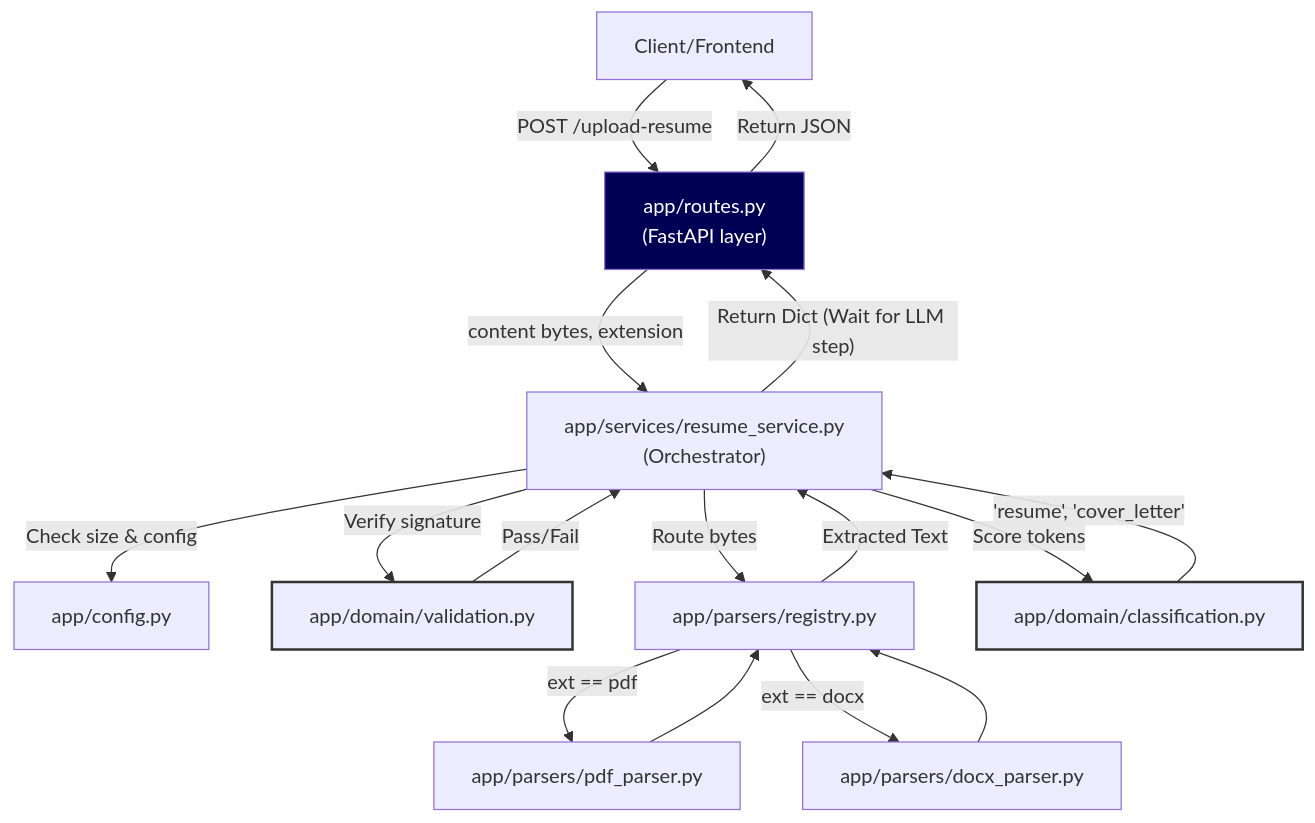
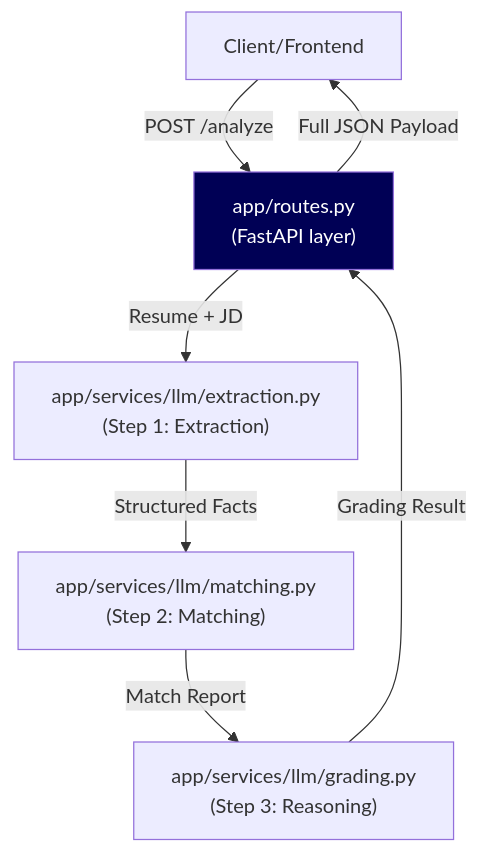
One commit to boazleleina/resume_agent changed the diagram in ARCHITECTURE.md. Above: the diagram before and after it, drawn with Mermaid. The commit also changed other lines of this file and 16 other files, not shown here.

Commit message:
Hardening LLM pipeline: modular refactor, persistent caching, observability, and roadmap updates

````diff
--- a/ARCHITECTURE.md
+++ b/ARCHITECTURE.md
@@ -36,33 +43,17 @@
 ```mermaid
 graph TD
-    Client["Client/Frontend"] -->|"POST /upload-resume"| Routes["app/routes.py\n(FastAPI layer)"]
+    Client["Client/Frontend"] -->|"POST /analyze"| Routes["app/routes.py\n(FastAPI layer)"]
     
-    Routes -->|"content bytes, extension"| Service["app/services/resume_service.py\n(Orchestrator)"]
+    Routes -->|"Resume + JD"| Service["app/services/llm/extraction.py\n(Step 1: Extraction)"]
+    Service -->|"Structured Facts"| Match["app/services/llm/matching.py\n(Step 2: Matching)"]
+    Match -->|"Match Report"| Grade["app/services/llm/grading.py\n(Step 3: Reasoning)"]
     
-    %% Validation Step
-    Service -->|"Check size & config"| Config["app/config.py"]
-    Service -->|Verify signature| Validation["app/domain/validation.py"]
-    Validation -->|"Pass/Fail"| Service
-    
-    %% Parsing Step
-    Service -->|"Route bytes"| Registry["app/parsers/registry.py"]
-    Registry -->|"ext == pdf"| PDF["app/parsers/pdf_parser.py"]
-    Registry -->|"ext == docx"| DOCX["app/parsers/docx_parser.py"]
-    PDF --> Registry
-    DOCX --> Registry
-    Registry -->|"Extracted Text"| Service
-    
-    %% Classification Step
-    Service -->|"Score tokens"| Classifier["app/domain/classification.py"]
-    Classifier -->|"'resume', 'cover_letter'"| Service
-    
-    %% Return flow
-    Service -->|"Return Dict (Wait for LLM step)"| Routes
-    Routes -->|"Return JSON"| Client
+    Grade -->|"Grading Result"| Routes
+    Routes -->|"Full JSON Payload"| Client
 
     %% Styling
     classDef domain stroke:#333,stroke-width:2px;
     class Validation,Classifier domain
     classDef router fill:#005,color:#fff;
     class Routes router
 ```
````
